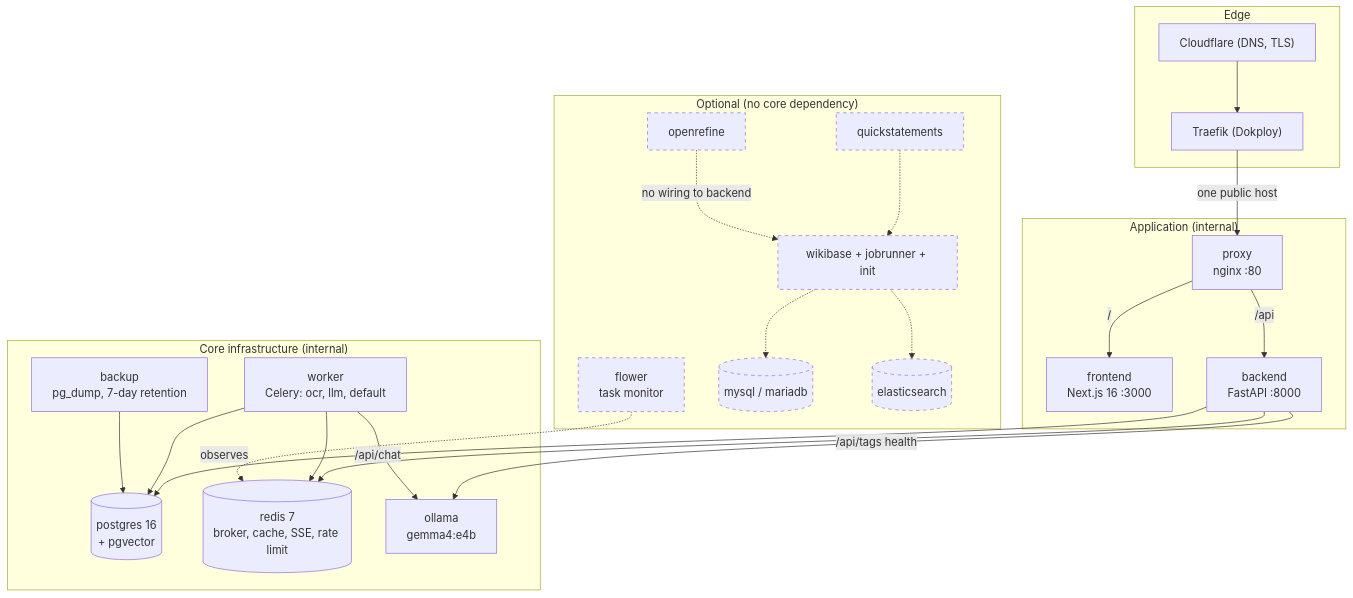
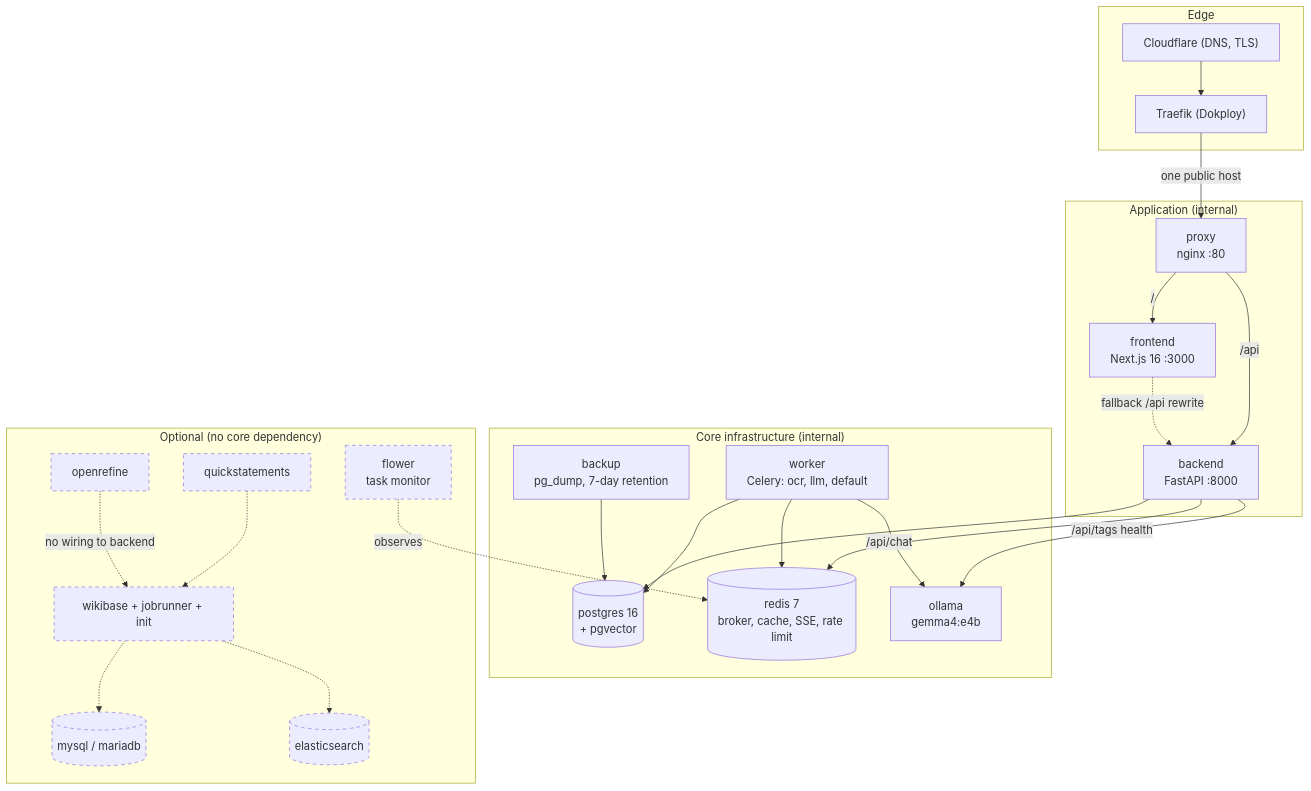
The first of 3 diagrams in docs/architecture/system-architecture.md (Agamya-Samuel/indic-book-metadata-extractor-v2), drawn with Mermaid before and after one commit. The commit also changed 2 other files, not shown here.

Commit message:
docs(deploy): note the Next /api fallback rewrite
Document BACKEND_INTERNAL_URL and the fallback path used when a hostname
routes only to the frontend: Next rewrites /api to the internal backend
service. The nginx proxy remains the normal public entrypoint.

````diff
--- a/docs/architecture/system-architecture.md
+++ b/docs/architecture/system-architecture.md
@@ -30,52 +30,53 @@
 ```mermaid
 flowchart TB
     subgraph edge["Edge"]
         CF["Cloudflare (DNS, TLS)"]
         TR["Traefik (Dokploy)"]
     end
 
     subgraph app["Application (internal)"]
         PX["proxy<br/>nginx :80"]
         FE["frontend<br/>Next.js 16 :3000"]
         BE["backend<br/>FastAPI :8000"]
     end
 
     subgraph core["Core infrastructure (internal)"]
         PG[("postgres 16<br/>+ pgvector")]
         RD[("redis 7<br/>broker, cache, SSE, rate limit")]
         OL["ollama<br/>gemma4:e4b"]
         WK["worker<br/>Celery: ocr, llm, default"]
         BAK["backup<br/>pg_dump, 7-day retention"]
     end
 
     subgraph optional["Optional (no core dependency)"]
         FL["flower<br/>task monitor"]
         WB["wikibase + jobrunner + init"]
         QS["quickstatements"]
         MY[("mysql / mariadb")]
         ES[("elasticsearch")]
         OR["openrefine"]
     end
 
     CF --> TR
     TR -->|"one public host"| PX
     PX -->|"/"| FE
     PX -->|"/api"| BE
+    FE -.->|"fallback /api rewrite"| BE
 
     BE --> PG
     BE --> RD
     BE -->|"/api/tags health"| OL
     WK --> PG
     WK --> RD
     WK -->|"/api/chat"| OL
     BAK --> PG
 
     FL -.->|"observes"| RD
     WB -.-> MY
     WB -.-> ES
     QS -.-> WB
     OR -.->|"no wiring to backend"| WB
 
     classDef opt stroke-dasharray: 5 5
     class FL,WB,QS,MY,ES,OR opt
 ```
````
